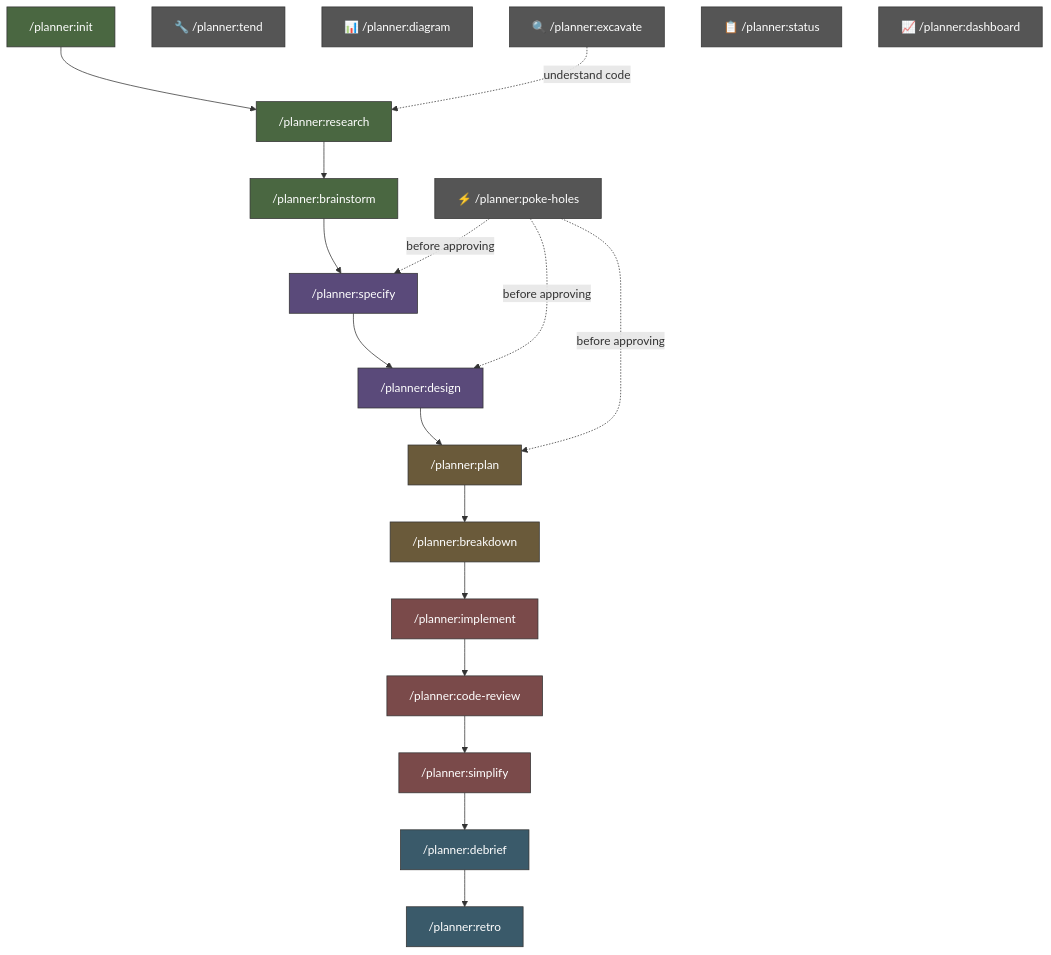
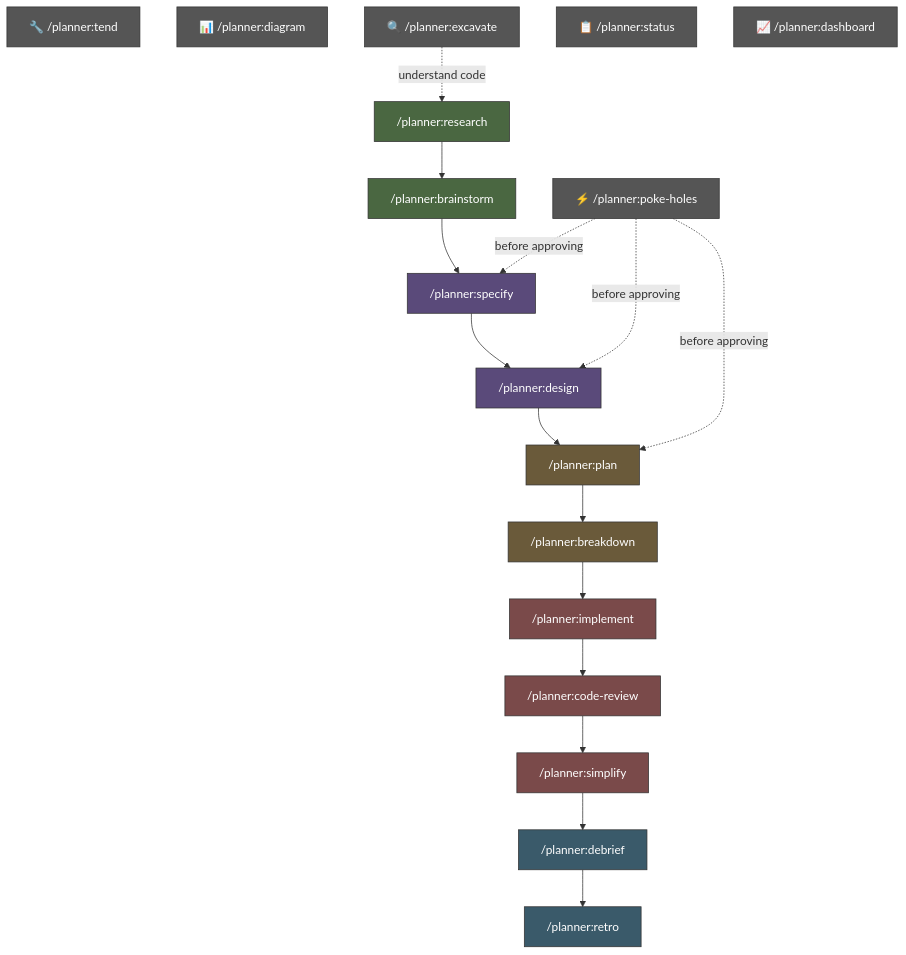
Before and after one commit to danweinerdev/claude-project-planner: the second of 4 diagrams in project-planner/README.md, drawn with Mermaid. The commit also changed other lines of this file and 4 other files, not shown here.

First line of the commit message:
Remove /planner:init, absorb bootstrapping into /planner:setup

````diff
--- a/project-planner/README.md
+++ b/project-planner/README.md
@@ -111,40 +109,39 @@
 ```mermaid
 graph TD
-    init["/planner:init"] --> research["/planner:research"]
-    research --> brainstorm["/planner:brainstorm"]
+    research["/planner:research"] --> brainstorm["/planner:brainstorm"]
     brainstorm --> specify["/planner:specify"]
     specify --> design["/planner:design"]
     design --> plan["/planner:plan"]
     plan --> breakdown["/planner:breakdown"]
     breakdown --> implement["/planner:implement"]
     implement --> codereview["/planner:code-review"]
     codereview --> simplify["/planner:simplify"]
     simplify --> debrief["/planner:debrief"]
     debrief --> retro["/planner:retro"]
 
     poke["⚡ /planner:poke-holes"]
     tend["🔧 /planner:tend"]
     diagram["📊 /planner:diagram"]
     excavate["🔍 /planner:excavate"]
     status["📋 /planner:status"]
     dashboard["📈 /planner:dashboard"]
 
     poke -. "before approving" .-> specify
     poke -. "before approving" .-> design
     poke -. "before approving" .-> plan
     excavate -. "understand code" .-> research
 
     classDef discovery fill:#4a6741,stroke:#333,color:#fff
     classDef definition fill:#5a4a7a,stroke:#333,color:#fff
     classDef execution fill:#6a5a3a,stroke:#333,color:#fff
     classDef implementation fill:#7a4a4a,stroke:#333,color:#fff
     classDef review fill:#3a5a6a,stroke:#333,color:#fff
     classDef utility fill:#555,stroke:#333,color:#fff
 
-    class init,research,brainstorm discovery
+    class research,brainstorm discovery
     class specify,design definition
     class plan,breakdown execution
     class implement,codereview,simplify implementation
     class debrief,retro review
     class poke,tend,diagram,excavate,status,dashboard utility
 ```
````
